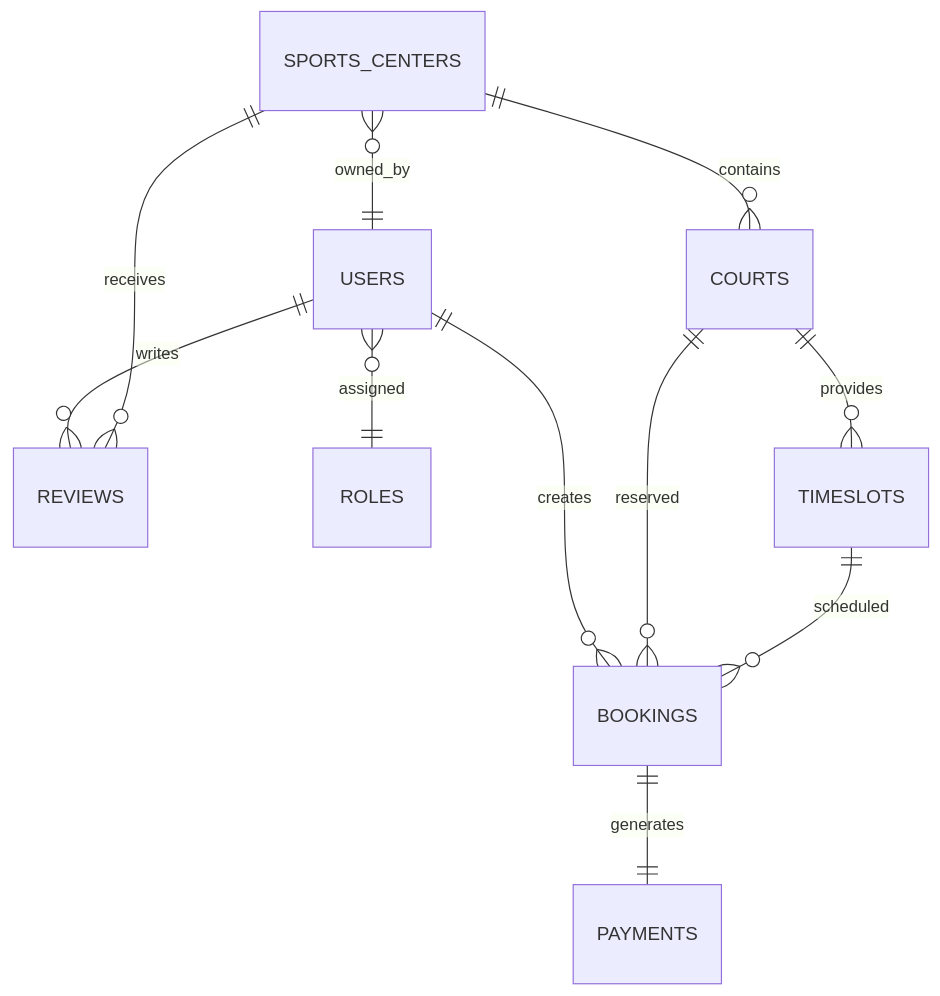
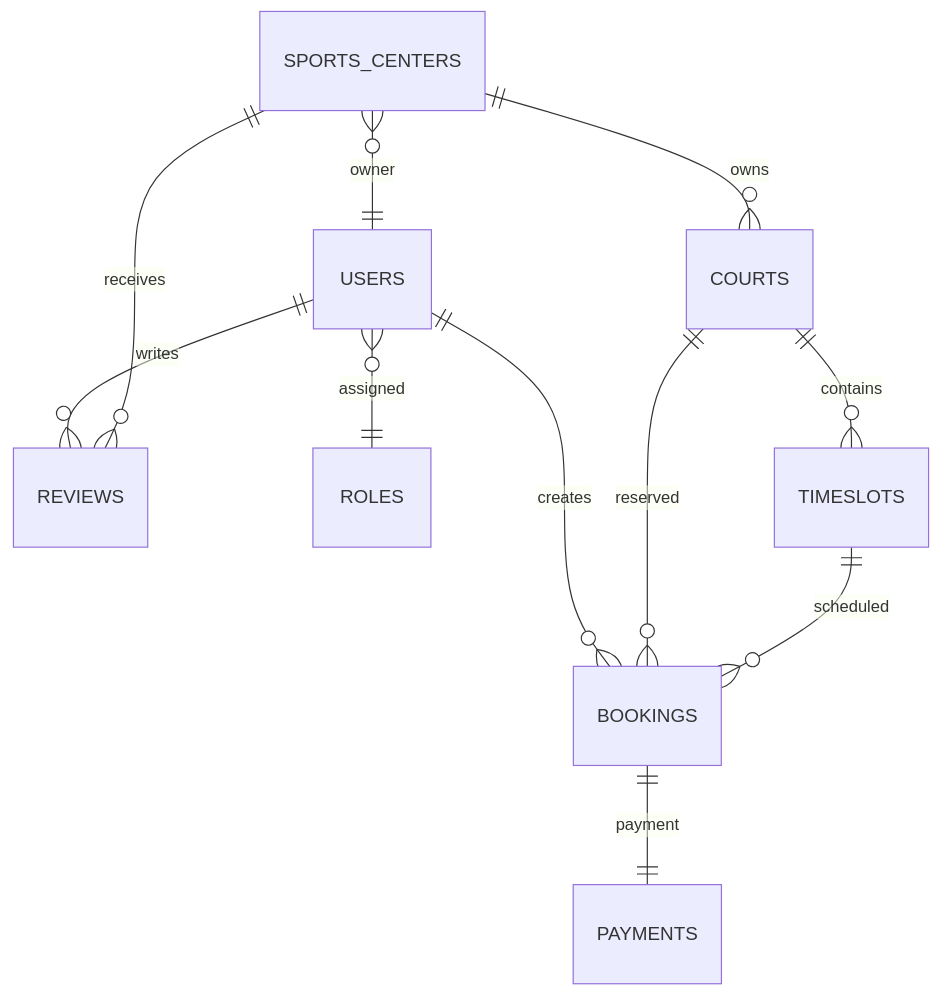
The second of 3 diagrams in README.md (nglowji/graduation-project-NguyenTanLoi-ASP.NET), drawn with Mermaid before and after one commit. The commit also changed other lines of this file, not shown here.

````diff
--- a/README.md
+++ b/README.md
@@ -155,18 +189,18 @@
 ```mermaid
 erDiagram
 
-    USERS ||--o{ BOOKINGS : creates
-    USERS ||--o{ REVIEWS : writes
-    USERS }o--|| ROLES : assigned
+USERS ||--o{ BOOKINGS : creates
+USERS ||--o{ REVIEWS : writes
+USERS }o--|| ROLES : assigned
 
-    SPORTS_CENTERS ||--o{ COURTS : contains
-    SPORTS_CENTERS ||--o{ REVIEWS : receives
-    SPORTS_CENTERS }o--|| USERS : owned_by
+SPORTS_CENTERS ||--o{ COURTS : owns
+SPORTS_CENTERS ||--o{ REVIEWS : receives
+SPORTS_CENTERS }o--|| USERS : owner
 
-    COURTS ||--o{ TIMESLOTS : provides
-    COURTS ||--o{ BOOKINGS : reserved
+COURTS ||--o{ TIMESLOTS : contains
+COURTS ||--o{ BOOKINGS : reserved
 
-    TIMESLOTS ||--o{ BOOKINGS : scheduled
+TIMESLOTS ||--o{ BOOKINGS : scheduled
 
-    BOOKINGS ||--|| PAYMENTS : generates
+BOOKINGS ||--|| PAYMENTS : payment
 ```
````
